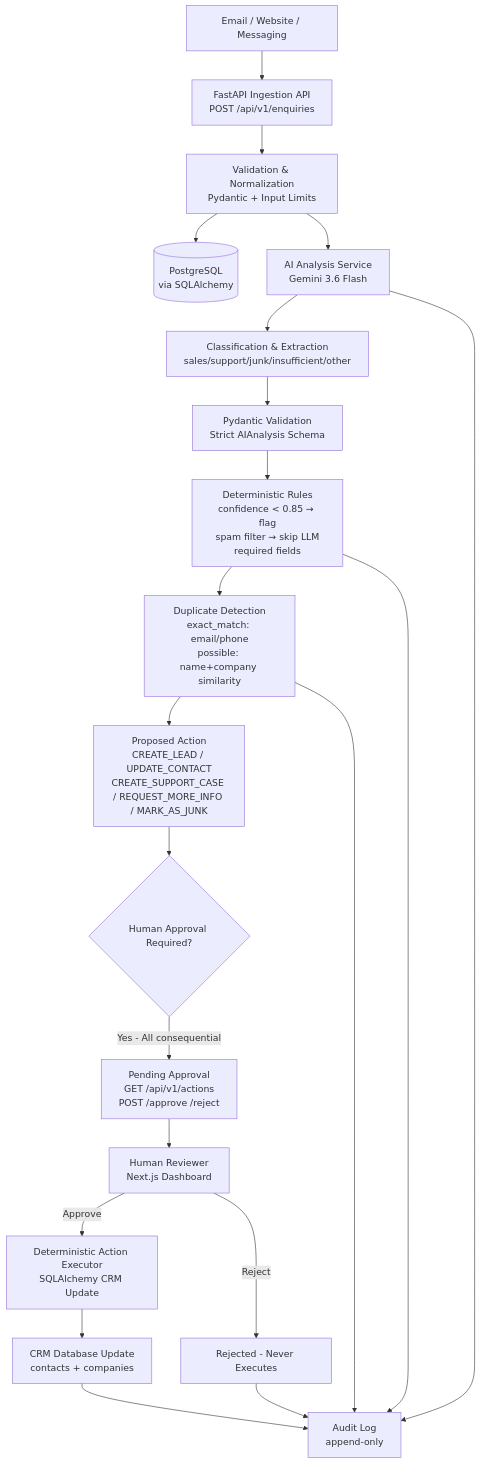
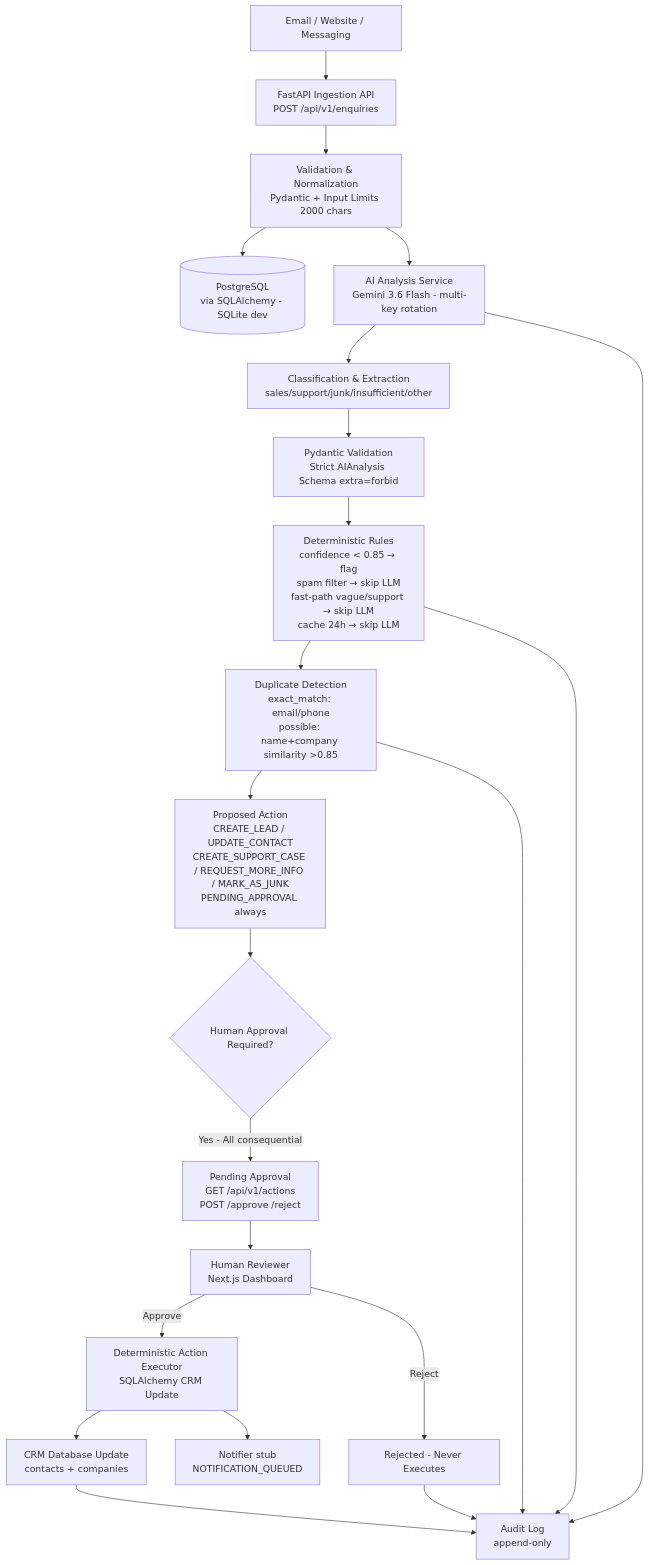
One commit to Alfikriangelo/InboxOps-AI-Intelligent-Email-Enquiry-Processing-with-Human-in-the-Loop-Controls changed the first of 2 diagrams in docs/architecture.md. Above: the diagram before and after it, drawn with Mermaid. The commit also changed other lines of this file and 25 other files, not shown here.

````diff
--- a/docs/architecture.md
+++ b/docs/architecture.md
@@ -13,23 +13,24 @@
 ```mermaid
 flowchart TD
     A[Email / Website / Messaging] --> B[FastAPI Ingestion API<br/>POST /api/v1/enquiries]
-    B --> C[Validation & Normalization<br/>Pydantic + Input Limits]
-    C --> D[(PostgreSQL<br/>via SQLAlchemy)]
-    C --> E[AI Analysis Service<br/>Gemini 3.6 Flash]
+    B --> C[Validation & Normalization<br/>Pydantic + Input Limits 2000 chars]
+    C --> D[(PostgreSQL<br/>via SQLAlchemy - SQLite dev)]
+    C --> E[AI Analysis Service<br/>Gemini 3.6 Flash - multi-key rotation]
     E --> F[Classification & Extraction<br/>sales/support/junk/insufficient/other]
-    F --> G[Pydantic Validation<br/>Strict AIAnalysis Schema]
-    G --> H[Deterministic Rules<br/>confidence < 0.85 → flag<br/>spam filter → skip LLM<br/>required fields]
-    H --> I[Duplicate Detection<br/>exact_match: email/phone<br/>possible: name+company similarity]
-    I --> J[Proposed Action<br/>CREATE_LEAD / UPDATE_CONTACT<br/>CREATE_SUPPORT_CASE / REQUEST_MORE_INFO / MARK_AS_JUNK]
+    F --> G[Pydantic Validation<br/>Strict AIAnalysis Schema extra=forbid]
+    G --> H[Deterministic Rules<br/>confidence < 0.85 → flag<br/>spam filter → skip LLM<br/>fast-path vague/support → skip LLM<br/>cache 24h → skip LLM]
+    H --> I[Duplicate Detection<br/>exact_match: email/phone<br/>possible: name+company similarity >0.85]
+    I --> J[Proposed Action<br/>CREATE_LEAD / UPDATE_CONTACT<br/>CREATE_SUPPORT_CASE / REQUEST_MORE_INFO / MARK_AS_JUNK<br/>PENDING_APPROVAL always]
     J --> K{Human Approval Required?}
     K -->|Yes - All consequential| L[Pending Approval<br/>GET /api/v1/actions<br/>POST /approve /reject]
     L --> M[Human Reviewer<br/>Next.js Dashboard]
     M -->|Approve| N[Deterministic Action Executor<br/>SQLAlchemy CRM Update]
     M -->|Reject| O[Rejected - Never Executes]
     N --> P[CRM Database Update<br/>contacts + companies]
+    N --> Q1[Notifier stub<br/>NOTIFICATION_QUEUED]
     O --> Q[Audit Log<br/>append-only]
     P --> Q
     E --> Q
     H --> Q
     I --> Q
 ```
````
